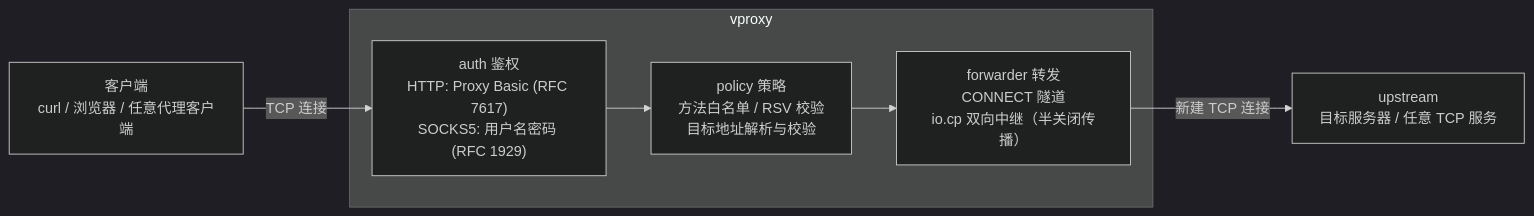
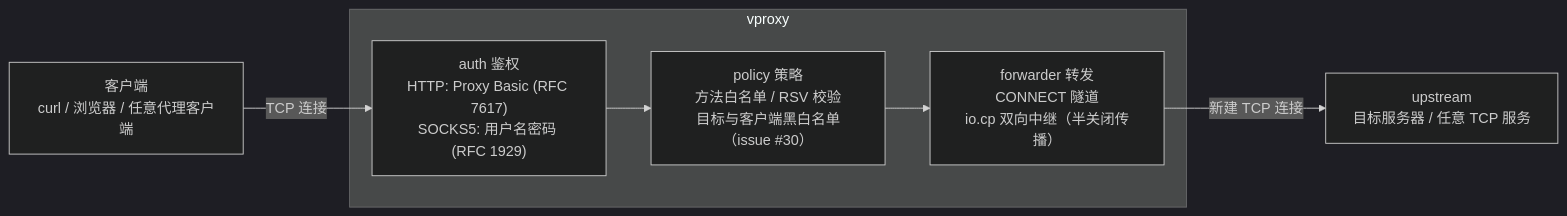
One commit to whiter001/vproxy changed the diagram in README.md. Above: the diagram before and after it, drawn with Mermaid (dark theme). The commit also changed other lines of this file and 12 other files, not shown here.

Commit message:
feat(policy): 目标域名与客户端 IP 黑白名单运行时强制 (issue #30)

````diff
--- a/README.md
+++ b/README.md
@@ -20,10 +20,10 @@
 ```mermaid
 flowchart LR
     C["客户端<br/>curl / 浏览器 / 任意代理客户端"] -->|TCP 连接| A
     subgraph P1[vproxy]
         A["auth 鉴权<br/>HTTP: Proxy Basic (RFC 7617)<br/>SOCKS5: 用户名密码 (RFC 1929)"]
-        P["policy 策略<br/>方法白名单 / RSV 校验<br/>目标地址解析与校验"]
+        P["policy 策略<br/>方法白名单 / RSV 校验<br/>目标与客户端黑白名单（issue #30）"]
         F["forwarder 转发<br/>CONNECT 隧道<br/>io.cp 双向中继（半关闭传播）"]
     end
     A --> P --> F -->|新建 TCP 连接| U["upstream<br/>目标服务器 / 任意 TCP 服务"]
 ```
````
